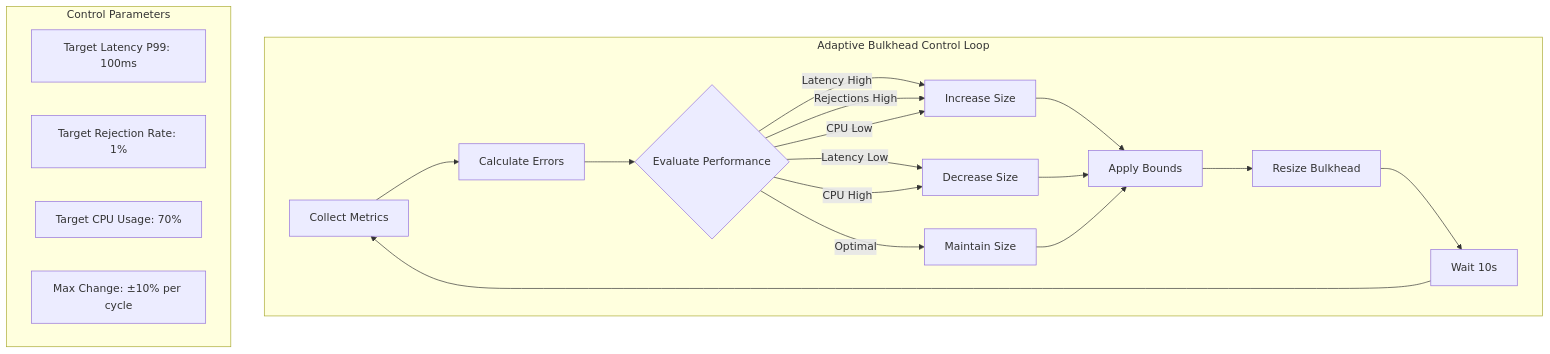
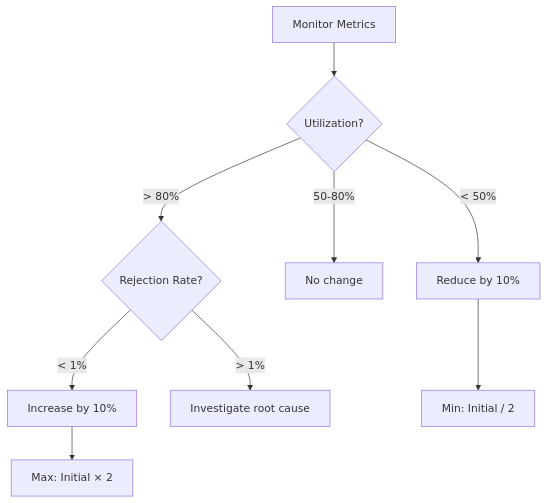
The fourth of 5 diagrams in docs/pattern-library/resilience/bulkhead.md (deepaucksharma/DStudio), drawn with Mermaid before and after one commit. The commit also changed other lines of this file and 64 other files, not shown here.

````diff
--- a/docs/pattern-library/resilience/bulkhead.md
+++ b/docs/pattern-library/resilience/bulkhead.md
@@ -696,30 +197,12 @@
 ```mermaid
-flowchart TD
-    subgraph "Adaptive Bulkhead Control Loop"
-        A[Collect Metrics] --> B[Calculate Errors]
-        B --> C{Evaluate Performance}
-        
-        C -->|Latency High| D[Increase Size]
-        C -->|Rejections High| D
-        C -->|CPU Low| D
-        
-        C -->|Latency Low| E[Decrease Size]
-        C -->|CPU High| E
-        C -->|Optimal| F[Maintain Size]
-        
-        D --> G[Apply Bounds]
-        E --> G
-        F --> G
-        
-        G --> H[Resize Bulkhead]
-        H --> I[Wait 10s]
-        I --> A
-    end
+graph TD
+    A[Monitor Metrics] --> B{Utilization?}
+    B -->|< 50%| C[Reduce by 10%]
+    B -->|50-80%| D[No change]
+    B -->|> 80%| E{Rejection Rate?}
+    E -->|< 1%| F[Increase by 10%]
+    E -->|> 1%| G[Investigate root cause]
     
-    subgraph "Control Parameters"
-        P1[Target Latency P99: 100ms]
-        P2[Target Rejection Rate: 1%]
-        P3[Target CPU Usage: 70%]
-        P4[Max Change: ±10% per cycle]
-    end
+    C --> H[Min: Initial / 2]
+    F --> I[Max: Initial × 2]
 ```
````
